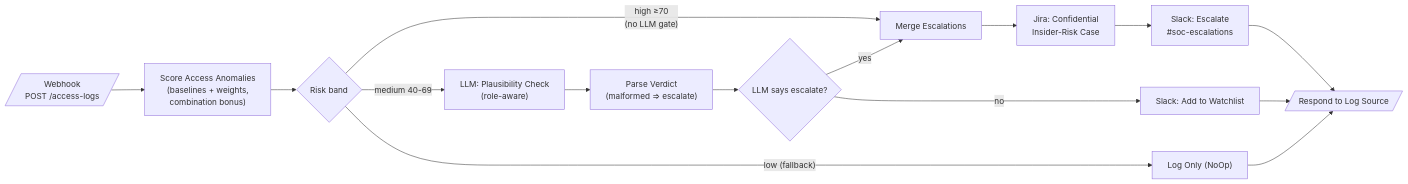
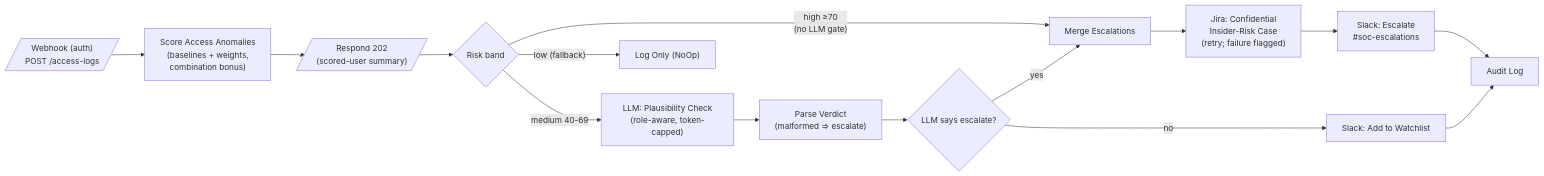
One commit to yatuk/soc-n8n-workflows changed the diagram in workflows/10-insider-threat-detection/diagram.md. Above: the diagram before and after it, drawn with Mermaid. The commit also changed 26 other files, not shown here.

````diff
--- a/workflows/10-insider-threat-detection/diagram.md
+++ b/workflows/10-insider-threat-detection/diagram.md
@@ -3,17 +3,17 @@
 ```mermaid
 flowchart LR
-    A[/"Webhook<br/>POST /access-logs"/] --> B["Score Access Anomalies<br/>(baselines + weights,<br/>combination bonus)"]
-    B --> C{"Risk band"}
+    A[/"Webhook (auth)<br/>POST /access-logs"/] --> B["Score Access Anomalies<br/>(baselines + weights,<br/>combination bonus)"]
+    B --> R[/"Respond 202<br/>(scored-user summary)"/]
+    R --> C{"Risk band"}
     C -- "high ≥70<br/>(no LLM gate)" --> M["Merge Escalations"]
-    C -- "medium 40-69" --> D["LLM: Plausibility Check<br/>(role-aware)"]
+    C -- "medium 40-69" --> D["LLM: Plausibility Check<br/>(role-aware, token-capped)"]
     D --> E["Parse Verdict<br/>(malformed ⇒ escalate)"]
     E --> F{"LLM says escalate?"}
     F -- "yes" --> M
     F -- "no" --> G["Slack: Add to Watchlist"]
     C -- "low (fallback)" --> H["Log Only (NoOp)"]
-    M --> I["Jira: Confidential<br/>Insider-Risk Case"]
+    M --> I["Jira: Confidential<br/>Insider-Risk Case<br/>(retry; failure flagged)"]
     I --> J["Slack: Escalate<br/>#soc-escalations"]
-    J --> R[/"Respond to Log Source"/]
-    G --> R
-    H --> R
+    J --> L["Audit Log"]
+    G --> L
 ```
````
